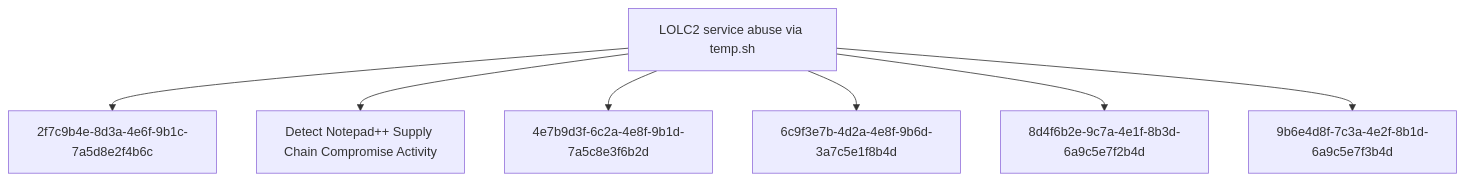
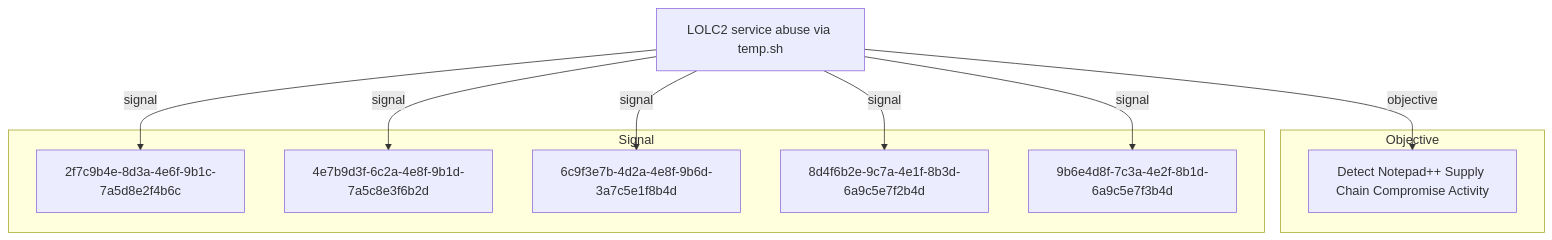
One commit to opentidehq/library changed the second of 2 diagrams in docs/threats/lolc2-service-abuse-via-temp-sh.md. Above: the diagram before and after it, drawn with Mermaid. The commit also changed other lines of this file and 277 other files, not shown here.

````diff
--- a/docs/threats/lolc2-service-abuse-via-temp-sh.md
+++ b/docs/threats/lolc2-service-abuse-via-temp-sh.md
@@ -303,16 +346,20 @@
 ```mermaid
 flowchart TB
-bf30d882_9b96_403a_9a47_83a2981fc526["LOLC2 service abuse via temp.sh"]
+subgraph "Objective"
+3e8b5d7f_9c2a_4f6e_8b1d_7a4c9e3f6b2d["Detect Notepad++ Supply Chain Compromise Activity"]
+end
+subgraph "Signal"
 2f7c9b4e_8d3a_4e6f_9b1c_7a5d8e2f4b6c["2f7c9b4e-8d3a-4e6f-9b1c-7a5d8e2f4b6c"]
-3e8b5d7f_9c2a_4f6e_8b1d_7a4c9e3f6b2d["Detect Notepad++ Supply Chain Compromise Activity"]
 4e7b9d3f_6c2a_4e8f_9b1d_7a5c8e3f6b2d["4e7b9d3f-6c2a-4e8f-9b1d-7a5c8e3f6b2d"]
 6c9f3e7b_4d2a_4e8f_9b6d_3a7c5e1f8b4d["6c9f3e7b-4d2a-4e8f-9b6d-3a7c5e1f8b4d"]
 8d4f6b2e_9c7a_4e1f_8b3d_6a9c5e7f2b4d["8d4f6b2e-9c7a-4e1f-8b3d-6a9c5e7f2b4d"]
 9b6e4d8f_7c3a_4e2f_8b1d_6a9c5e7f3b4d["9b6e4d8f-7c3a-4e2f-8b1d-6a9c5e7f3b4d"]
-bf30d882_9b96_403a_9a47_83a2981fc526 --> 2f7c9b4e_8d3a_4e6f_9b1c_7a5d8e2f4b6c
-bf30d882_9b96_403a_9a47_83a2981fc526 --> 3e8b5d7f_9c2a_4f6e_8b1d_7a4c9e3f6b2d
-bf30d882_9b96_403a_9a47_83a2981fc526 --> 4e7b9d3f_6c2a_4e8f_9b1d_7a5c8e3f6b2d
-bf30d882_9b96_403a_9a47_83a2981fc526 --> 6c9f3e7b_4d2a_4e8f_9b6d_3a7c5e1f8b4d
-bf30d882_9b96_403a_9a47_83a2981fc526 --> 8d4f6b2e_9c7a_4e1f_8b3d_6a9c5e7f2b4d
-bf30d882_9b96_403a_9a47_83a2981fc526 --> 9b6e4d8f_7c3a_4e2f_8b1d_6a9c5e7f3b4d
+end
+bf30d882_9b96_403a_9a47_83a2981fc526["LOLC2 service abuse via temp.sh"]
+bf30d882_9b96_403a_9a47_83a2981fc526 -->|objective| 3e8b5d7f_9c2a_4f6e_8b1d_7a4c9e3f6b2d
+bf30d882_9b96_403a_9a47_83a2981fc526 -->|signal| 2f7c9b4e_8d3a_4e6f_9b1c_7a5d8e2f4b6c
+bf30d882_9b96_403a_9a47_83a2981fc526 -->|signal| 4e7b9d3f_6c2a_4e8f_9b1d_7a5c8e3f6b2d
+bf30d882_9b96_403a_9a47_83a2981fc526 -->|signal| 6c9f3e7b_4d2a_4e8f_9b6d_3a7c5e1f8b4d
+bf30d882_9b96_403a_9a47_83a2981fc526 -->|signal| 8d4f6b2e_9c7a_4e1f_8b3d_6a9c5e7f2b4d
+bf30d882_9b96_403a_9a47_83a2981fc526 -->|signal| 9b6e4d8f_7c3a_4e2f_8b1d_6a9c5e7f3b4d
 ```
````
